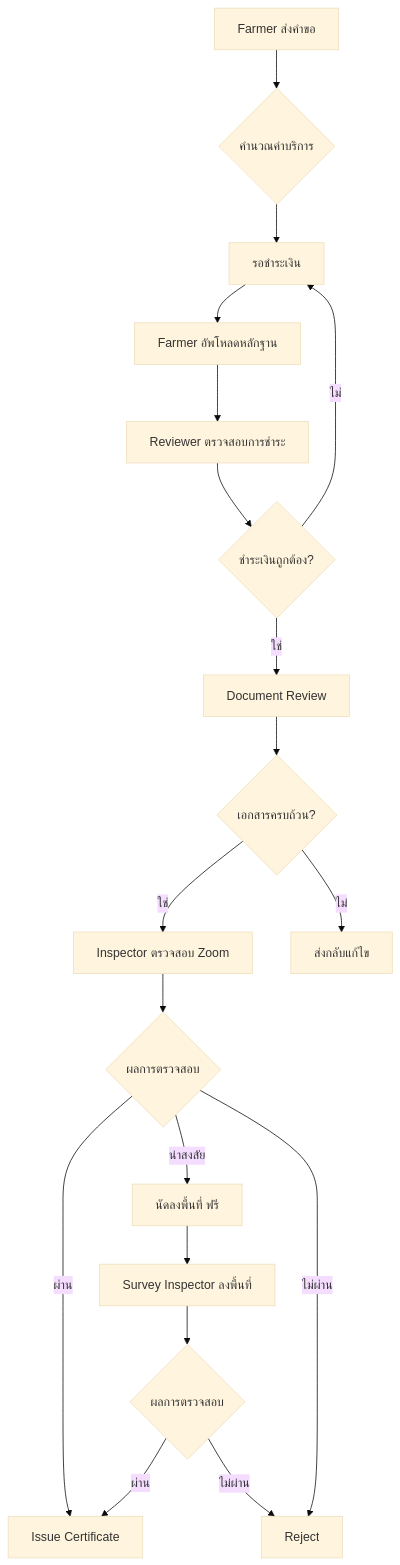
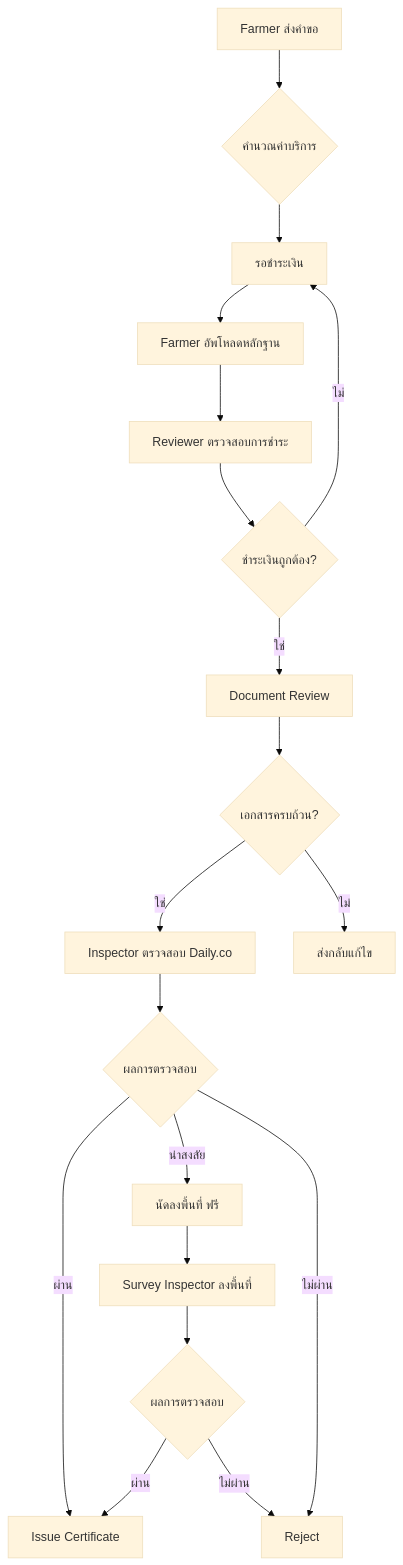
The diagram in docs/03_WORKFLOWS/PAYMENT_WORKFLOW_ANALYSIS.md (jonmaxmore/Botanical-Audit-Framework), drawn with Mermaid (base theme) before and after one commit. The commit also changed other lines of this file and 30 other files, not shown here.

````diff
--- a/docs/03_WORKFLOWS/PAYMENT_WORKFLOW_ANALYSIS.md
+++ b/docs/03_WORKFLOWS/PAYMENT_WORKFLOW_ANALYSIS.md
@@ -124,25 +124,25 @@
 ```mermaid
 graph TD
     A[Farmer ส่งคำขอ] --> B{คำนวณค่าบริการ}
     B --> C[รอชำระเงิน]
     C --> D[Farmer อัพโหลดหลักฐาน]
     D --> E[Reviewer ตรวจสอบการชำระ]
 
     E --> F{ชำระเงินถูกต้อง?}
     F -->|ใช่| G[Document Review]
     F -->|ไม่| C
 
     G --> H{เอกสารครบถ้วน?}
-    H -->|ใช่| I[Inspector ตรวจสอบ Zoom]
+    H -->|ใช่| I[Inspector ตรวจสอบ Daily.co]
     H -->|ไม่| J[ส่งกลับแก้ไข]
 
     I --> K{ผลการตรวจสอบ}
     K -->|ผ่าน| L[Issue Certificate]
     K -->|น่าสงสัย| M[นัดลงพื้นที่ ฟรี]
     K -->|ไม่ผ่าน| N[Reject]
 
     M --> O[Survey Inspector ลงพื้นที่]
     O --> P{ผลการตรวจสอบ}
     P -->|ผ่าน| L
     P -->|ไม่ผ่าน| N
 ```
````
